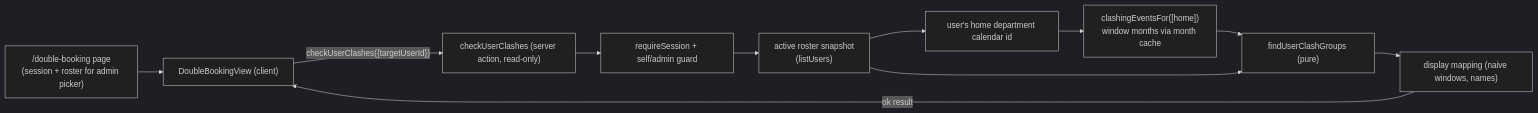
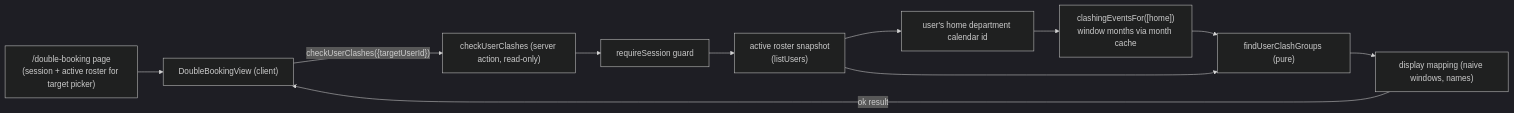
One commit to oncloudnintynineone-source/cloudy2 changed the diagram in docs/user-clashes.md. Above: the diagram before and after it, drawn with Mermaid (dark theme). The commit also changed other lines of this file and 10 other files, not shown here.

Commit message:
Double Booking: allow all users to check another person; fix desktop header alignment

````diff
--- a/docs/user-clashes.md
+++ b/docs/user-clashes.md
@@ -106,23 +106,23 @@
 ```mermaid
 flowchart LR
- U["/double-booking page<br/>(session + roster for admin picker)"]
+ U["/double-booking page<br/>(session + active roster for target picker)"]
  V["DoubleBookingView (client)"]
  A["checkUserClashes (server action, read-only)"]
- S["requireSession + self/admin guard"]
+ S["requireSession guard"]
  R["active roster snapshot<br/>(listUsers)"]
  C["user's home department calendar id"]
  M["clashingEventsFor([home])<br/>window months via month cache"]
  E["findUserClashGroups (pure)"]
  P["display mapping (naive windows, names)"]
 
  U --> V
  V -- "checkUserClashes({targetUserId})" --> A
  A --> S
  S --> R
  R --> C
  C --> M
  M --> E
  R --> E
  E --> P
  P -- "ok result" --> V
 ```
````
